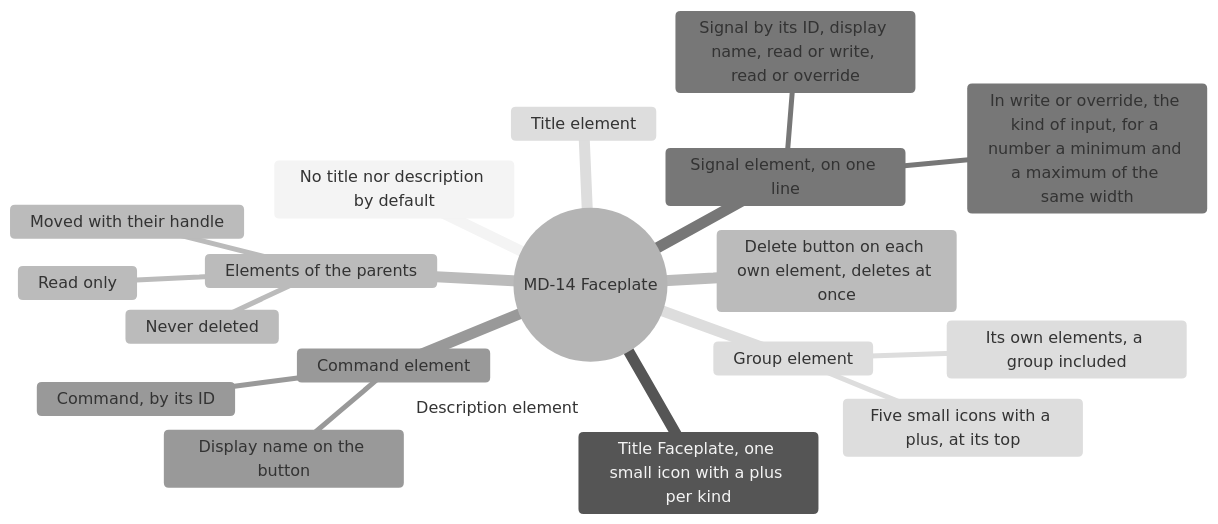
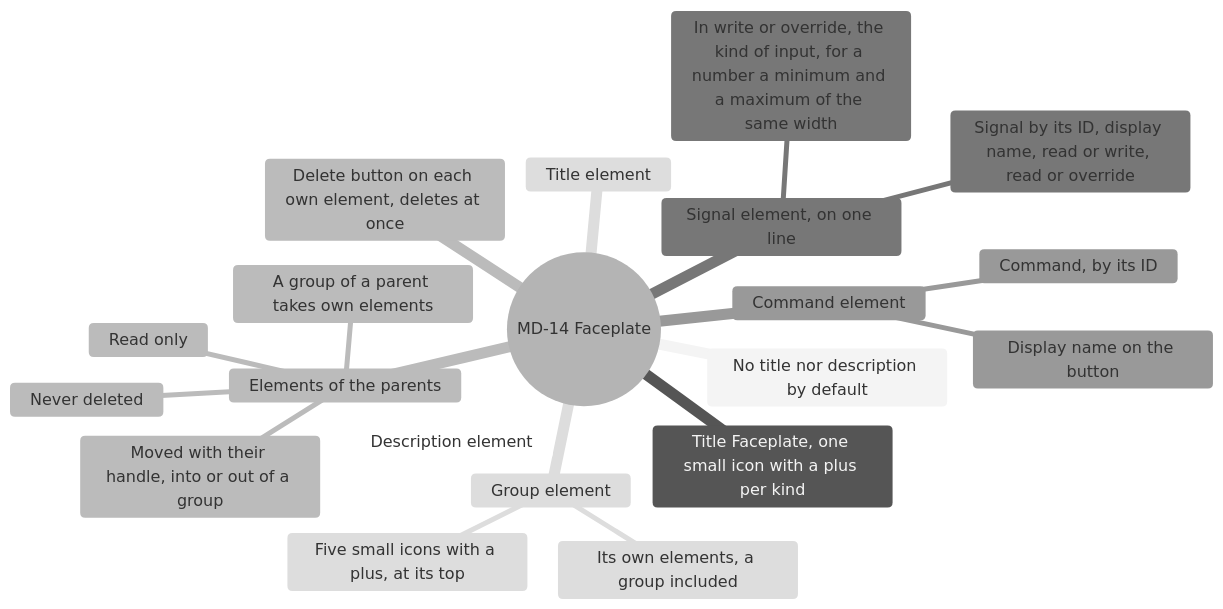
Before and after one commit to AlexandreGallais/synoptic-studio-spec: diagram 12 of 17 in screens/metadata.md, drawn with Mermaid (neutral theme). The commit also changed other lines of this file and 12 other files, not shown here.

````diff
--- a/screens/metadata.md
+++ b/screens/metadata.md
@@ -376,22 +376,23 @@
 ```mermaid
 mindmap
   root((MD-14 Faceplate))
     No title nor description by default
     Title Faceplate, one small icon with a plus per kind
     Elements of the parents
       Read only
-      Moved with their handle
+      Moved with their handle, into or out of a group
       Never deleted
+      A group of a parent takes own elements
     Signal element, on one line
       Signal by its ID, display name, read or write, read or override
       In write or override, the kind of input, for a number a minimum and a maximum of the same width
     Command element
       Command, by its ID
       Display name on the button
     Title element
     Description element
     Group element
       Five small icons with a plus, at its top
       Its own elements, a group included
     Delete button on each own element, deletes at once
 ```
````
